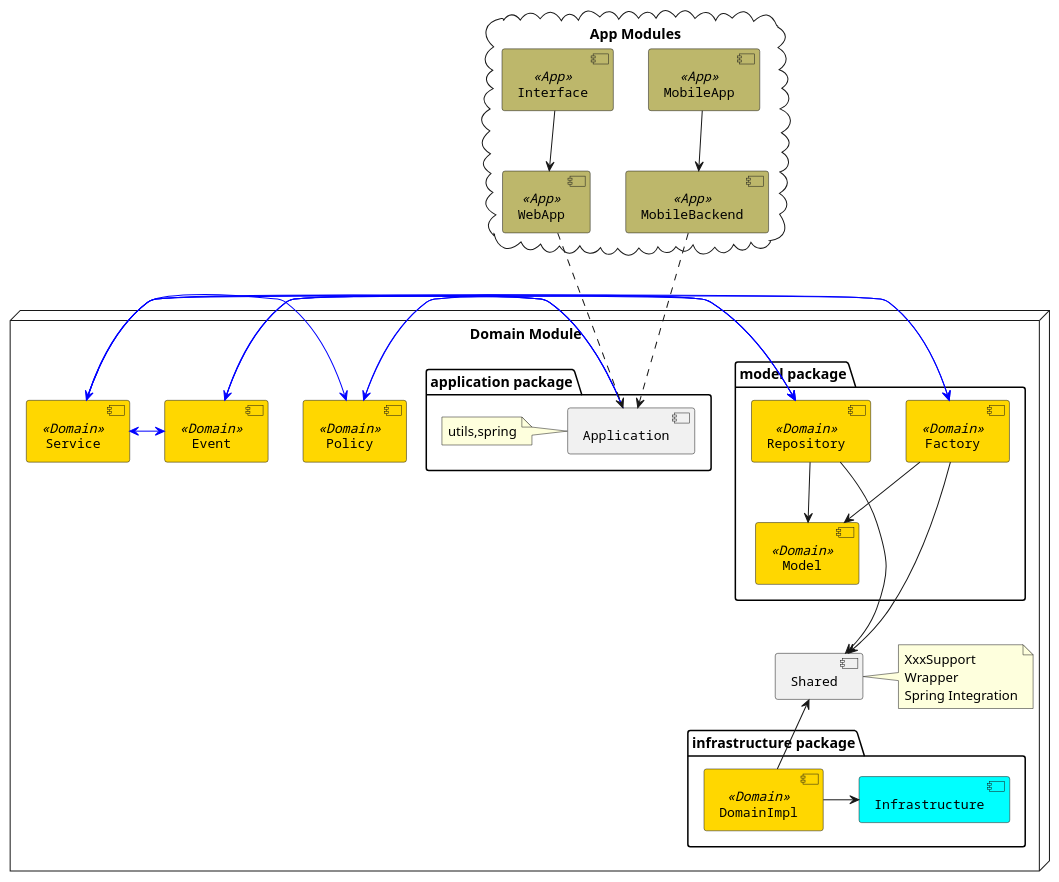
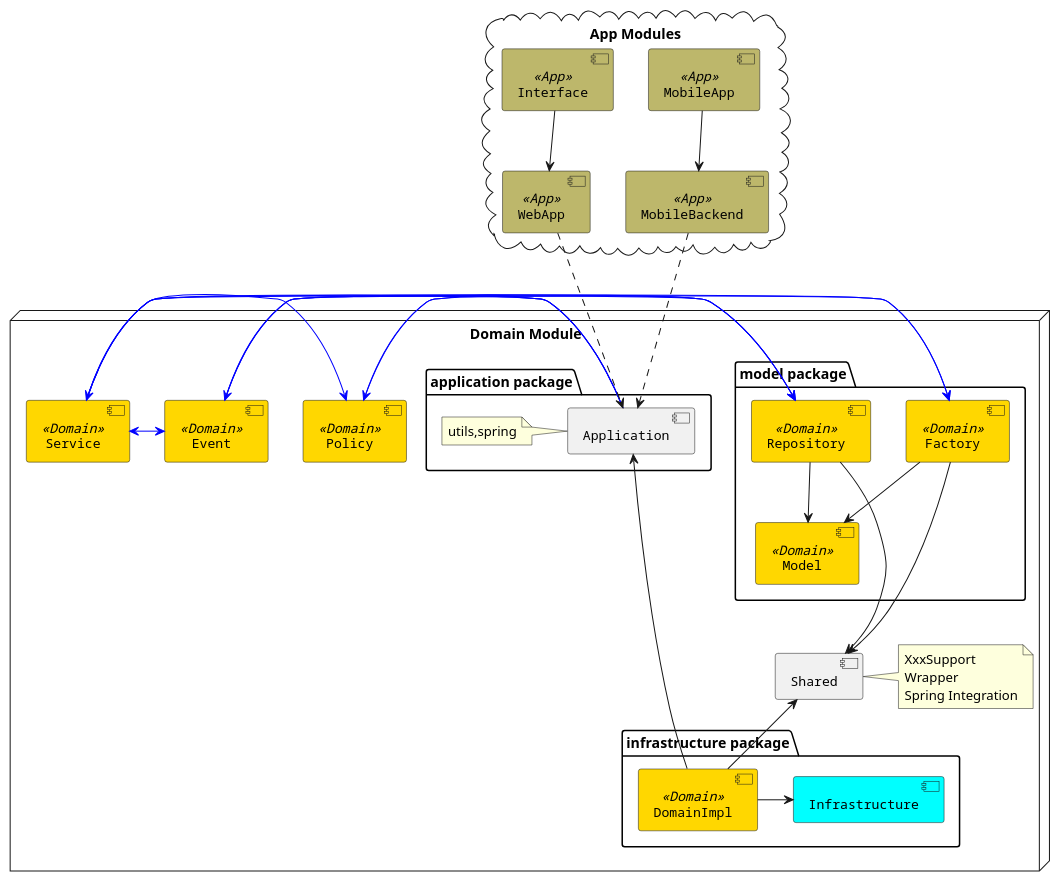
The diagram in src/main/puml/ddd-components.puml (linux-china/ddd-base), drawn with PlantUML before and after one commit. The commit also changed 1 other file, not shown here.

```diff
--- a/src/main/puml/ddd-components.puml
+++ b/src/main/puml/ddd-components.puml
@@ -1,62 +1,63 @@
 @startuml
 
 
 node "Domain Module" {
    package "model package" {
        [Model] <<Domain>>
        [Repository] <<Domain>>
        [Factory] <<Domain>>
     }
    [Service] <<Domain>>
    [Event] <<Domain>>
    [Policy] <<Domain>>
    [Shared]
    note right of Shared : XxxSupport\nWrapper\nSpring Integration
 
    package "application package" {
         [Application]
         note left of Application : utils,spring
    }
    package "infrastructure package" {
         [Infrastructure] #Aqua
         [DomainImpl] <<Domain>>
         [DomainImpl] -> [Infrastructure]
    }
 }
 
 cloud "App Modules" {
     [WebApp] <<App>>
     [MobileBackend] <<App>>
     [Interface] <<App>>
     [MobileApp] <<App>>
 }
 
 [Shared] <-- [DomainImpl]
+[Application] <--- [DomainImpl]
 [Repository] ---> [Shared]
 [Repository] --> [Model]
 [Service] -[#0000FF]> [Repository]
 [Service] -[#0000FF]> [Factory]
 [Service] -[#0000FF]> [Policy]
 [Service] <-[#0000FF]> [Event]
 [Policy] -[#0000FF]> [Repository]
 [Factory] --> [Model]
 [Factory] ---> [Shared]
 [Event] -[#0000FF]> [Repository]
 [Event] -[#0000FF]> [Factory]
 [Application] -[#0000FF]> [Service]
 [Application] -[#0000FF]> [Event]
 [Application] -[#0000FF]> [Policy]
 
 [WebApp] ...> [Application]
 [Interface] --> [WebApp]
 [MobileBackend] ...> [Application]
 [MobileApp] --> [MobileBackend]
 
 skinparam component {
   FontSize 13
   BackgroundColor<<Domain>> gold
   BackgroundColor<<App>> DarkKhaki
   FontName Courier
 }
 
 @enduml
```
